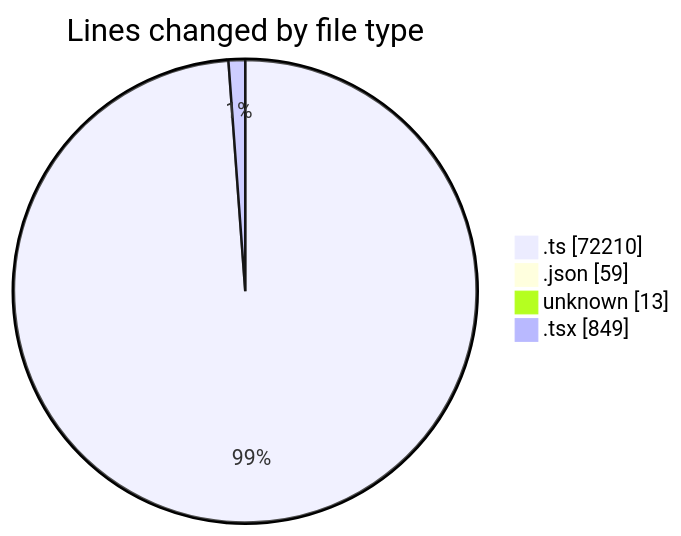
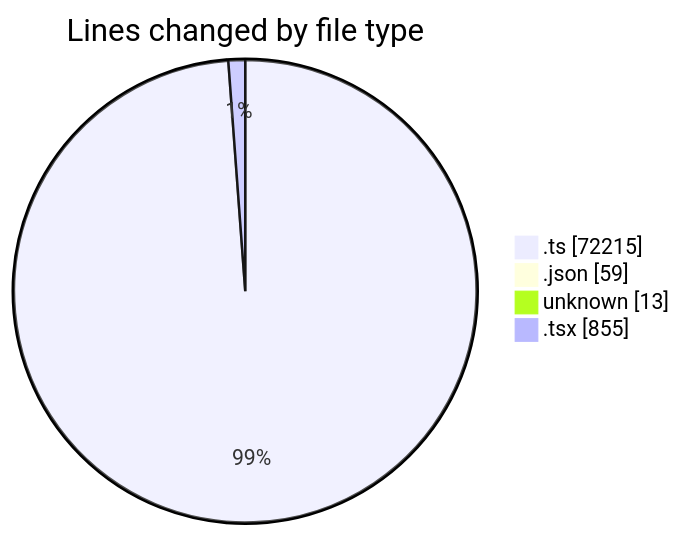
One commit to momahboobian/code-tracking changed the first of 2 diagrams in 2025-09-09/cda/README.md. Above: the diagram before and after it, drawn with Mermaid. The commit also changed other lines of this file and 1 other file, not shown here.

````diff
--- a/2025-09-09/cda/README.md
+++ b/2025-09-09/cda/README.md
@@ -123,8 +123,8 @@
 ```mermaid
 pie showData
 title Lines changed by file type
-".ts" : 72210
+".ts" : 72215
 ".json" : 59
 "unknown" : 13
-".tsx" : 849
+".tsx" : 855
 ```
````
